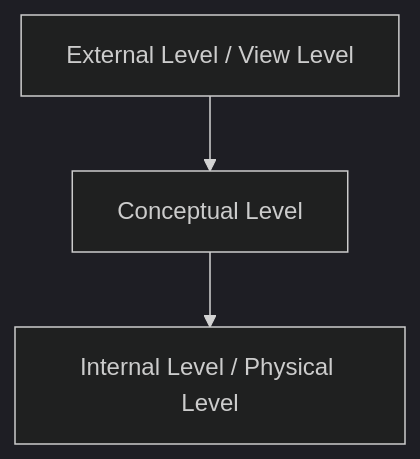
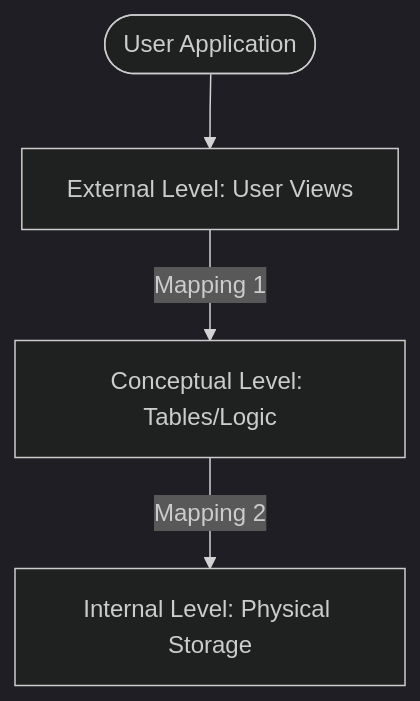
One commit to xujoncep/learning changed the diagram in handnote/dbms/01-dbms-fundamentals-architecture.md. Above: the diagram before and after it, drawn with Mermaid (dark theme). The commit also changed other lines of this file and 9 other files, not shown here.

````diff
--- a/handnote/dbms/01-dbms-fundamentals-architecture.md
+++ b/handnote/dbms/01-dbms-fundamentals-architecture.md
@@ -38,5 +24,6 @@
 ```mermaid
-flowchart TD
-    A[External Level / View Level] --> B[Conceptual Level]
-    B --> C[Internal Level / Physical Level]
+graph TD
+    User([User Application]) --> External[External Level: User Views]
+    External -- Mapping 1 --> Conceptual[Conceptual Level: Tables/Logic]
+    Conceptual -- Mapping 2 --> Internal[Internal Level: Physical Storage]
 ```
````
